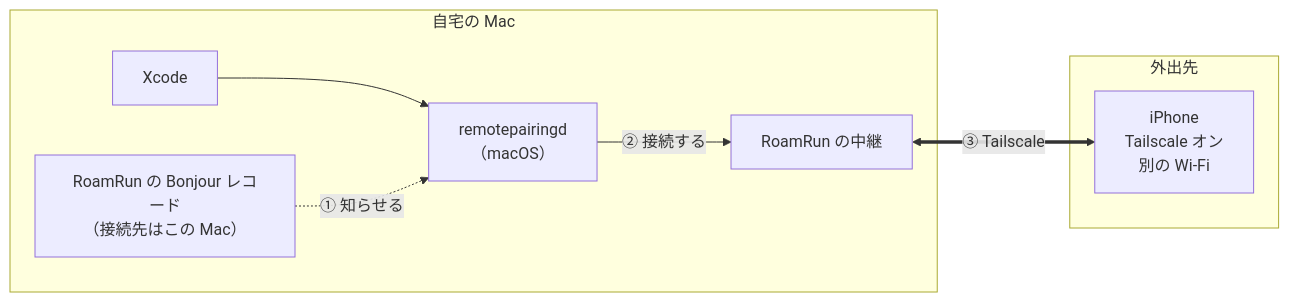
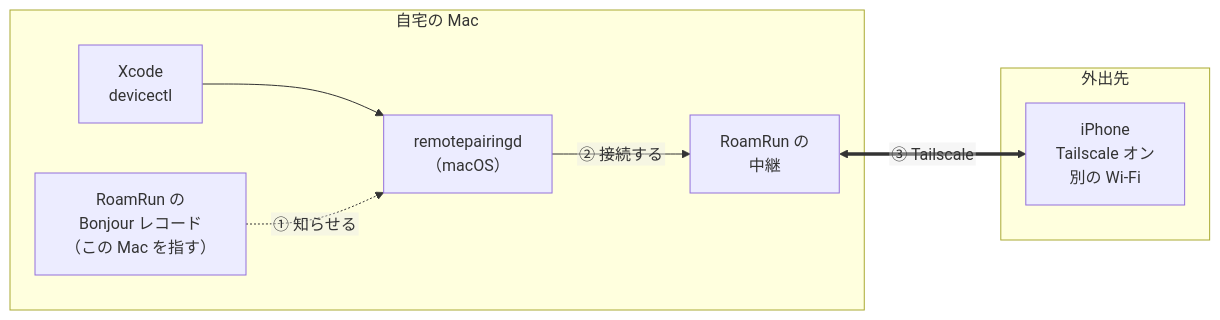
Before and after one commit to mh-mobile/RoamRun: the diagram in README.ja.md, drawn with Mermaid. The commit also changed 3 other files, not shown here.

First line of the commit message:
README, How it works: one and the same first diagram

````diff
--- a/README.ja.md
+++ b/README.ja.md
@@ -23,12 +23,13 @@
 ```mermaid
+%%{init: {"flowchart": {"htmlLabels": false}}}%%
 flowchart LR
   subgraph mac["自宅の Mac"]
-    xcode["Xcode"] --> service["remotepairingd<br/>（macOS）"]
-    record["RoamRun の Bonjour レコード<br/>（接続先はこの Mac）"] -. "① 知らせる" .-> service
-    service -- "② 接続する" --> relay["RoamRun の中継"]
+    xcode["Xcode<br/>devicectl"] --> rpd["remotepairingd<br/>（macOS）"]
+    fake["RoamRun の<br/>Bonjour レコード<br/>（この Mac を指す）"] -. "① 知らせる" .-> rpd
+    rpd -- "② 接続する" --> relay["RoamRun の<br/>中継"]
   end
   subgraph away["外出先"]
-    device["iPhone<br/>Tailscale オン<br/>別の Wi-Fi"]
+    iphone["iPhone<br/>Tailscale オン<br/>別の Wi-Fi"]
   end
-  relay <== "③ Tailscale" ==> device
+  relay <== "③ Tailscale" ==> iphone
 ```
````
